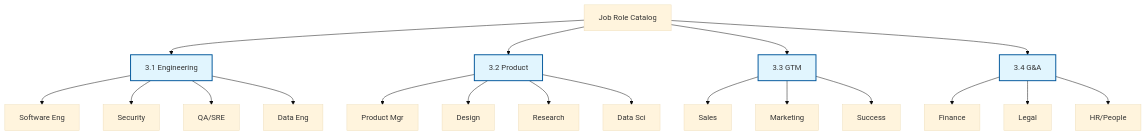
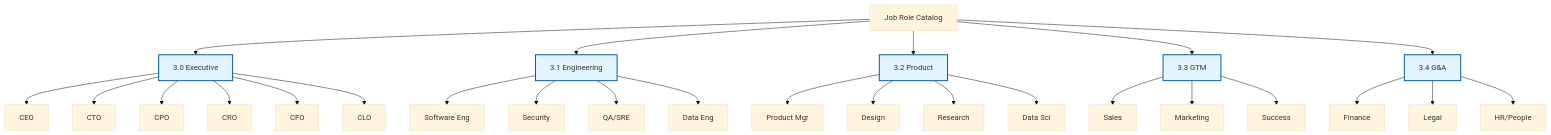
The second of 4 diagrams in docs/JOB_ROLE_ORGANIZATION/JOB_ROLE_ORGANIZATION.md (toxicoder/devset), drawn with Mermaid (base theme) before and after one commit. The commit also changed other lines of this file and 15 other files, not shown here.

````diff
--- a/docs/JOB_ROLE_ORGANIZATION/JOB_ROLE_ORGANIZATION.md
+++ b/docs/JOB_ROLE_ORGANIZATION/JOB_ROLE_ORGANIZATION.md
@@ -141,32 +141,40 @@
 ```mermaid
 graph TD
     %% Hierarchy of Job Roles
     ROOT[Job Role Catalog]
 
+    EXEC[3.0 Executive]:::cat
     ENG[3.1 Engineering]:::cat
     PROD[3.2 Product]:::cat
     GTM[3.3 GTM]:::cat
     GA[3.4 G&A]:::cat
 
-    ROOT --> ENG & PROD & GTM & GA
+    ROOT --> EXEC & ENG & PROD & GTM & GA
+
+    EXEC --> CEO[CEO]
+    EXEC --> CTO[CTO]
+    EXEC --> CPO[CPO]
+    EXEC --> CRO[CRO]
+    EXEC --> CFO[CFO]
+    EXEC --> CLO[CLO]
 
     ENG --> SWEN[Software Eng]
     ENG --> SEC[Security]
     ENG --> QA[QA/SRE]
     ENG --> DATA[Data Eng]
 
     PROD --> PM[Product Mgr]
     PROD --> DES[Design]
     PROD --> RSCH[Research]
     PROD --> DS[Data Sci]
 
     GTM --> SALE[Sales]
     GTM --> MKTG[Marketing]
     GTM --> CS[Success]
 
     GA --> FIN[Finance]
     GA --> LEG[Legal]
     GA --> HR[HR/People]
 
     classDef cat fill:#e1f5fe,stroke:#01579b,stroke-width:2px;
 ```
````
